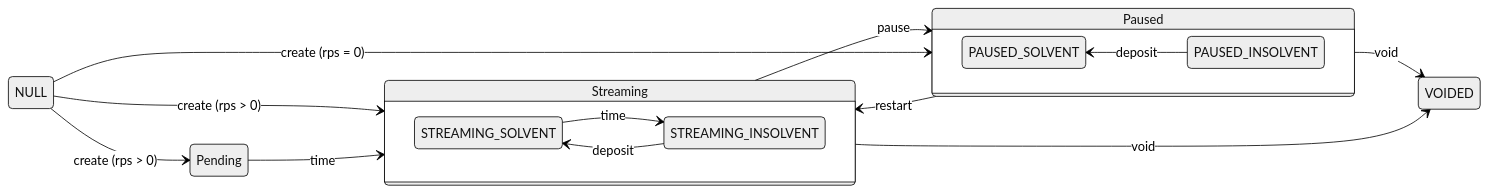
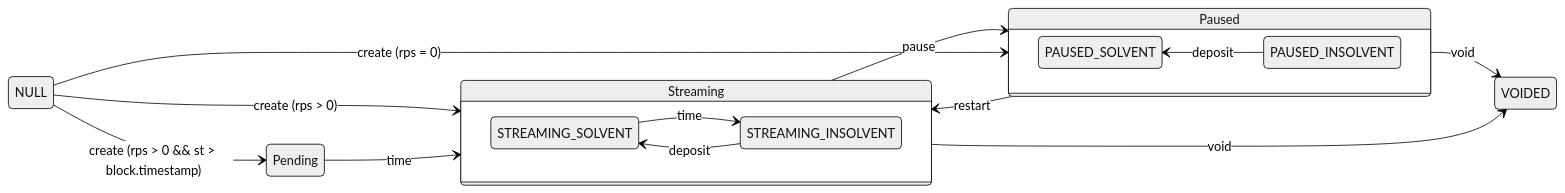
One commit to sablier-labs/flow changed the first of 8 diagrams in DIAGRAMS.md. Above: the diagram before and after it, drawn with Mermaid (neutral theme). The commit also changed other lines of this file and 15 other files, not shown here.

````diff
--- a/DIAGRAMS.md
+++ b/DIAGRAMS.md
@@ -25,46 +25,46 @@
 ```mermaid
 stateDiagram-v2
     direction LR
 
     state Streaming {
         direction LR
         STREAMING_SOLVENT
         STREAMING_INSOLVENT --> STREAMING_SOLVENT : deposit
         STREAMING_SOLVENT --> STREAMING_INSOLVENT : time
     }
 
     state Paused {
         direction RL
         PAUSED_SOLVENT
         PAUSED_INSOLVENT --> PAUSED_SOLVENT : deposit
         PAUSED_INSOLVENT
     }
 
     Streaming --> Paused : pause
     Paused --> Streaming : restart
     Paused --> VOIDED : void
     Streaming --> VOIDED : void
 
     NULL --> Streaming : create (rps > 0)
-    NULL --> Pending : create (rps > 0)
+    NULL --> Pending : create (rps > 0 && st > block.timestamp)
     Pending --> Streaming : time
     NULL --> Paused : create (rps = 0)
 
 
 
     Pending:::grey
     Paused:::lightYellow
     PAUSED_INSOLVENT:::intenseYellow
     PAUSED_SOLVENT:::intenseYellow
     Streaming:::lightGreen
     STREAMING_INSOLVENT:::intenseGreen
     STREAMING_SOLVENT:::intenseGreen
     VOIDED:::red
 
     classDef grey fill:#b0b0b0,stroke:#333,stroke-width:2px,color:#000,font-weight:bold;
     classDef intenseGreen fill:#32cd32,stroke:#333,stroke-width:2px,color:#000,font-weight:bold;
     classDef intenseYellow fill:#ffd700,color:#000,font-weight:bold;
     classDef lightGreen fill:#98FB98,color:#000,font-weight:bold;
     classDef lightYellow fill:#ffff99,color:#000,font-weight:bold;
     classDef red fill:#ff4e4e,stroke:#333,stroke-width:2px;
 ```
````
